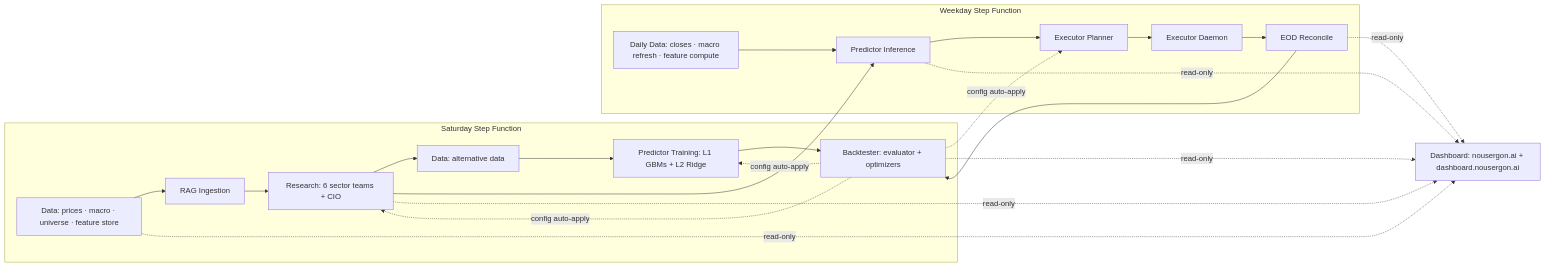
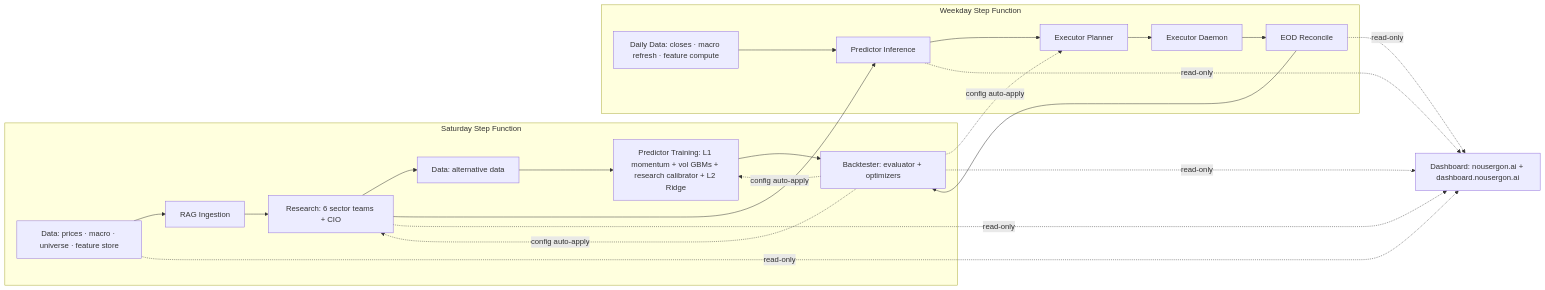
Before and after one commit to cipher813/alpha-engine-docs: the first of 3 diagrams in README.md, drawn with Mermaid. The commit also changed other lines of this file, not shown here.

````diff
--- a/README.md
+++ b/README.md
@@ -61,36 +61,36 @@
 ```mermaid
 flowchart LR
     subgraph WEEKLY[Saturday Step Function]
         Data1[Data: prices · macro · universe · feature store]
         RAG[RAG Ingestion]
         Research[Research: 6 sector teams + CIO]
         Data2[Data: alternative data]
-        Train[Predictor Training: L1 GBMs + L2 Ridge]
+        Train[Predictor Training: L1 momentum + vol GBMs + research calibrator + L2 Ridge]
         Backtest[Backtester: evaluator + optimizers]
     end
 
     subgraph DAILY[Weekday Step Function]
         DailyData[Daily Data: closes · macro refresh · feature compute]
         Inference[Predictor Inference]
         Plan[Executor Planner]
         Daemon[Executor Daemon]
         EOD[EOD Reconcile]
     end
 
     Data1 --> RAG --> Research --> Data2 --> Train --> Backtest
     Backtest -.config auto-apply.-> Research
     Backtest -.config auto-apply.-> Train
     Backtest -.config auto-apply.-> Plan
 
     DailyData --> Inference --> Plan --> Daemon --> EOD
 
     Research --> Inference
     EOD --> Backtest
 
     Dashboard[Dashboard: nousergon.ai + dashboard.nousergon.ai]
     Data1 -.read-only.-> Dashboard
     Research -.read-only.-> Dashboard
     Inference -.read-only.-> Dashboard
     EOD -.read-only.-> Dashboard
     Backtest -.read-only.-> Dashboard
 ```
````
